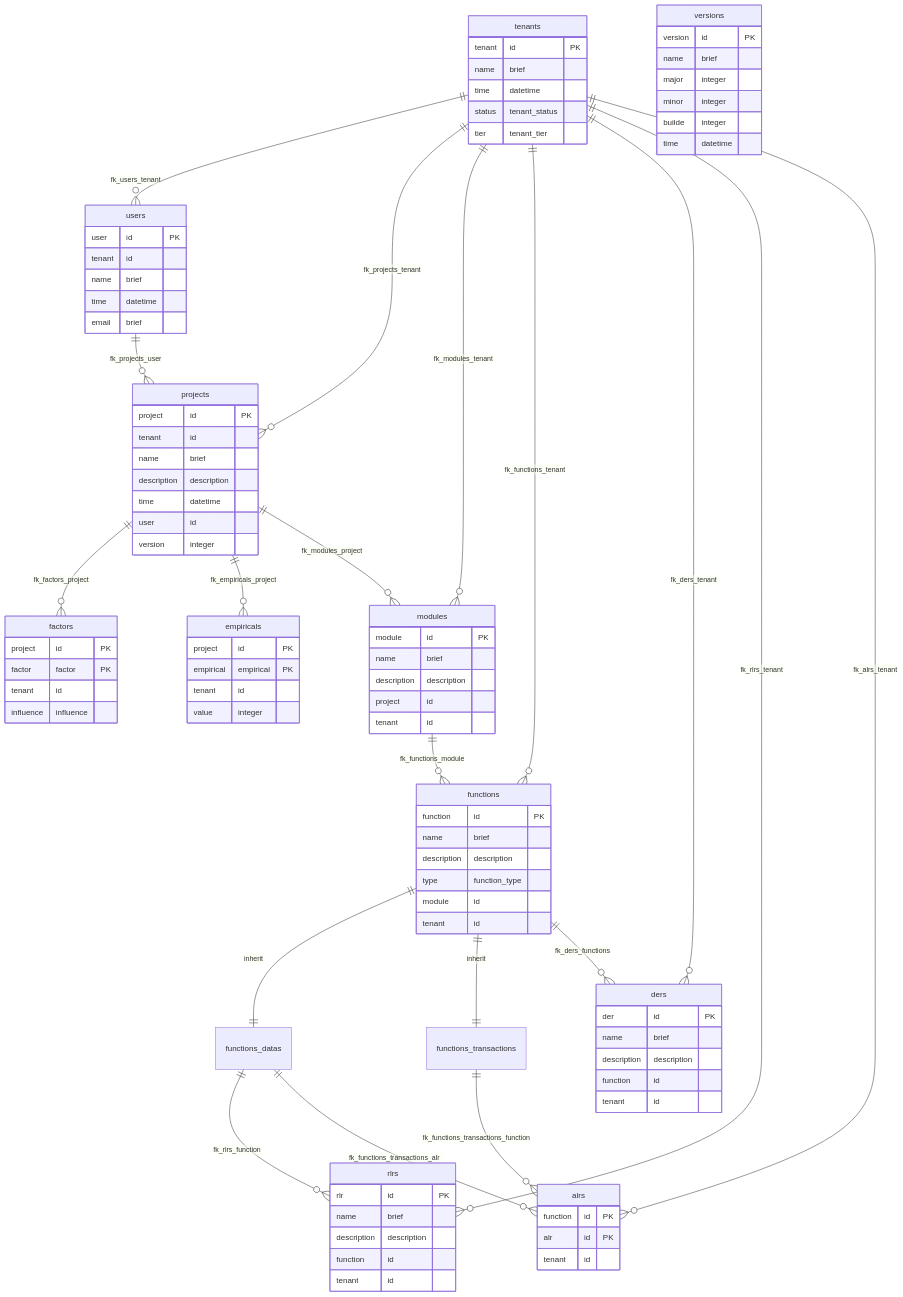
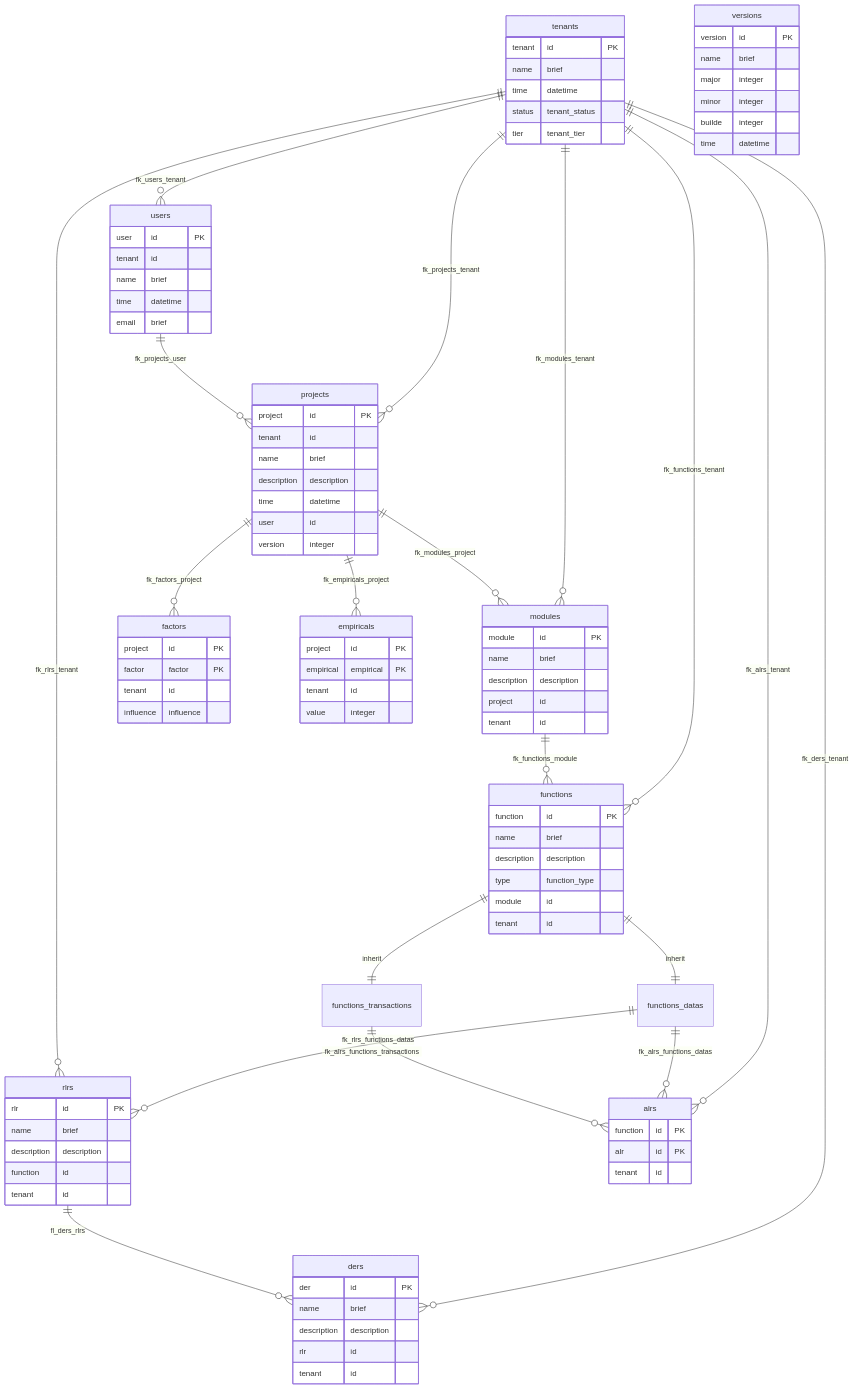
The diagram in database/diagram.md (LVRodrigues/fpa-management), drawn with Mermaid before and after one commit. The commit also changed 4 other files, not shown here.

````diff
--- a/database/diagram.md
+++ b/database/diagram.md
@@ -3,12 +3,14 @@
 ```mermaid
 erDiagram
+    functions_datas         ||--o{ rlrs: fk_rlrs_functions_datas
+
     tenants                 ||--o{ users: fk_users_tenant
     tenants                 ||--o{ projects: fk_projects_tenant
     tenants                 ||--o{ modules: fk_modules_tenant
     tenants                 ||--o{ functions: fk_functions_tenant
-    tenants                 ||--o{ ders: fk_ders_tenant
     tenants                 ||--o{ rlrs: fk_rlrs_tenant
     tenants                 ||--o{ alrs: fk_alrs_tenant
+    tenants                 ||--o{ ders: fk_ders_tenant
 
     users                   ||--o{ projects: fk_projects_user
 
@@ -20,10 +22,10 @@
 
     functions               ||--|| functions_datas: inherit
     functions               ||--|| functions_transactions: inherit
-    functions               ||--o{ ders: fk_ders_functions
-    functions_datas         ||--o{ rlrs: fk_rlrs_function
-    functions_datas         ||--o{ alrs: fk_functions_transactions_alr
-    functions_transactions  ||--o{ alrs: fk_functions_transactions_function
+    functions_datas         ||--o{ alrs: fk_alrs_functions_datas
+    rlrs                    ||--o{ ders: fl_ders_rlrs
+    %% functions_transactions  ||--o{ ders: fk_ders_functions_transactions
+    functions_transactions  ||--o{ alrs: fk_alrs_functions_transactions
         
     tenants {
         tenant      id          PK
@@ -97,14 +99,6 @@
     functions_transactions {
     }
 
-    ders {
-        der         id          PK
-        name        brief
-        description description
-        function    id
-        tenant      id
-    }
-
     rlrs {
         rlr         id          PK
         name        brief
@@ -113,9 +107,18 @@
         tenant      id
     }
 
+    ders {
+        der         id          PK
+        name        brief
+        description description
+        rlr         id
+        tenant      id
+    }
+
     alrs {
         function    id          PK
         alr         id          PK
         tenant      id
-    }
+    }    
+
 ```
````
